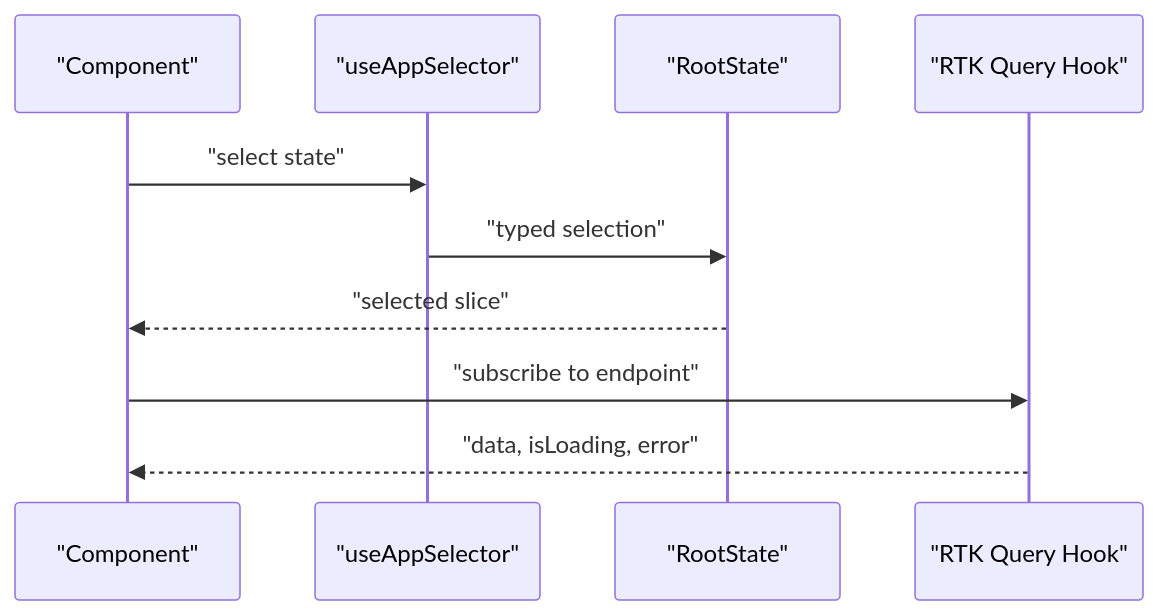
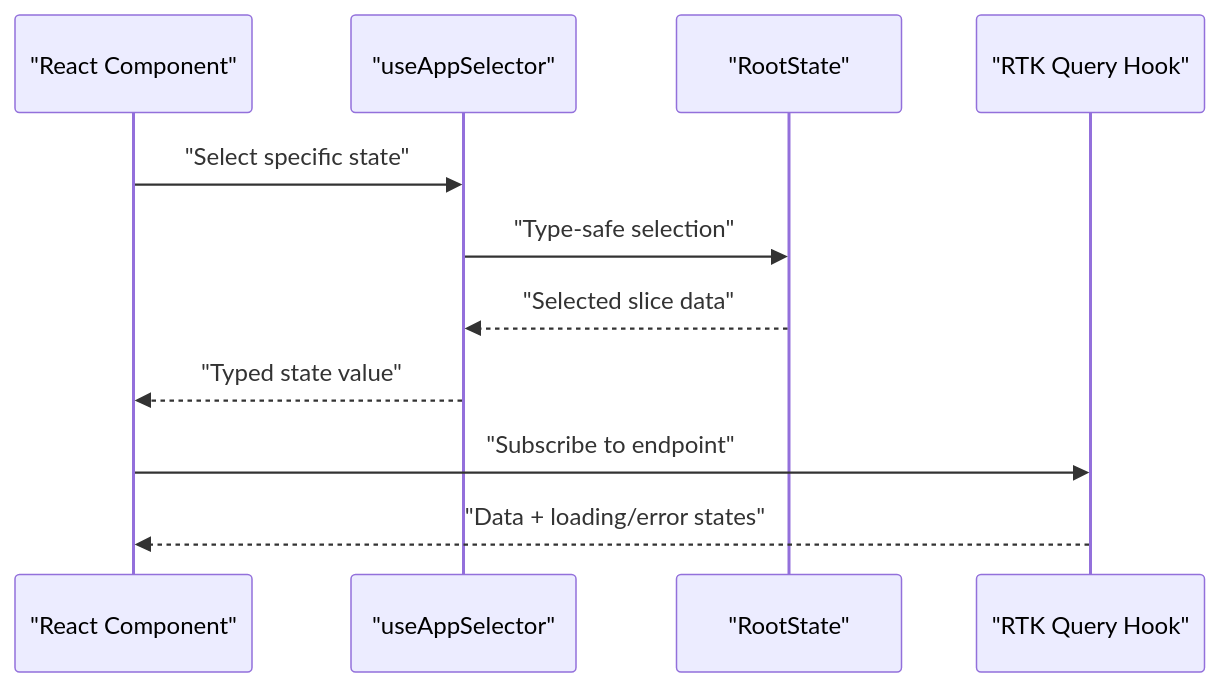
The seventh of 8 diagrams in .qoder/repowiki/en/content/State Management.md (cacamarica/dashboard-ai), drawn with Mermaid before and after one commit. The commit also changed other lines of this file and 14 other files, not shown here.

````diff
--- a/.qoder/repowiki/en/content/State Management.md
+++ b/.qoder/repowiki/en/content/State Management.md
@@ -284,12 +386,13 @@
 ```mermaid
 sequenceDiagram
-participant C as "Component"
-participant U as "useAppSelector"
-participant S as "RootState"
-participant Q as "RTK Query Hook"
-C->>U : "select state"
-U->>S : "typed selection"
-S-->>C : "selected slice"
-C->>Q : "subscribe to endpoint"
-Q-->>C : "data, isLoading, error"
+participant Component as "React Component"
+participant TypedHook as "useAppSelector"
+participant RootState as "RootState"
+participant RTKQuery as "RTK Query Hook"
+Component->>TypedHook : "Select specific state"
+TypedHook->>RootState : "Type-safe selection"
+RootState-->>TypedHook : "Selected slice data"
+TypedHook-->>Component : "Typed state value"
+Component->>RTKQuery : "Subscribe to endpoint"
+RTKQuery-->>Component : "Data + loading/error states"
 ```
````
